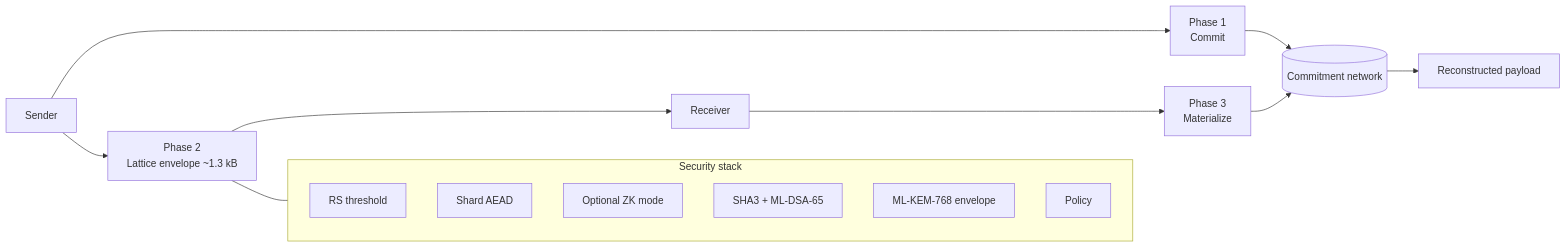
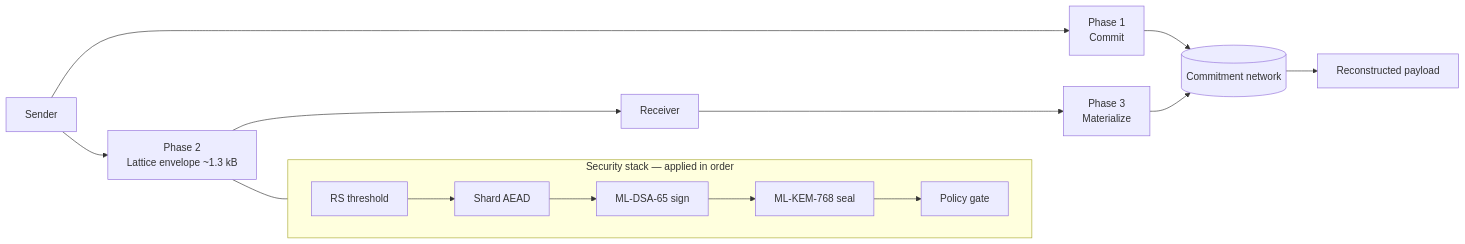
The diagram in docs/visuals/mermaid/ltp.md (nanofaxcopy/suwappu-lattice-protocol), drawn with Mermaid before and after one commit. The commit also changed 10 other files, not shown here.

````diff
--- a/docs/visuals/mermaid/ltp.md
+++ b/docs/visuals/mermaid/ltp.md
@@ -3,22 +3,16 @@
 ```mermaid
 flowchart LR
-  Sender[Sender] --> Commit[Phase 1
-Commit]
+  Sender[Sender] --> Commit[Phase 1<br/>Commit]
   Commit --> Network[(Commitment network)]
-  Sender --> Lattice[Phase 2
-Lattice envelope ~1.3 kB]
+  Sender --> Lattice[Phase 2<br/>Lattice envelope ~1.3 kB]
   Lattice --> Receiver[Receiver]
-  Receiver --> Materialize[Phase 3
-Materialize]
+  Receiver --> Materialize[Phase 3<br/>Materialize]
   Materialize --> Network
   Network --> Output[Reconstructed payload]
-  subgraph Security[Security stack]
-    S1[RS threshold]
-    S2[Shard AEAD]
-    S3[Optional ZK mode]
-    S4[SHA3 + ML-DSA-65]
-    S5[ML-KEM-768 envelope]
-    S6[Policy]
+  subgraph Security[Security stack — applied in order]
+    direction LR
+    S1[RS threshold] --> S2[Shard AEAD] --> S3[ML-DSA-65 sign]
+    S3 --> S4[ML-KEM-768 seal] --> S5[Policy gate]
   end
-  Lattice --- Security
+  Lattice --- S1
 ```
````
